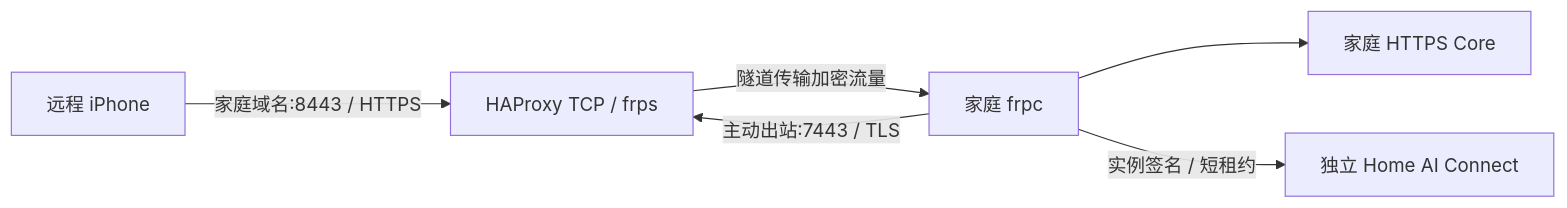
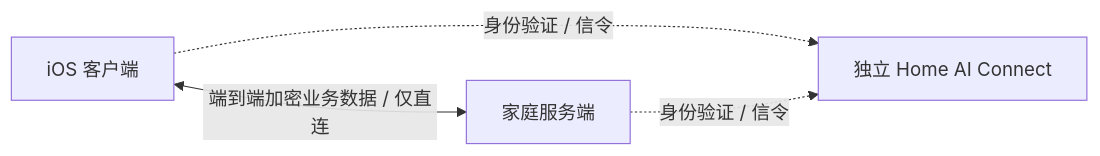
The fourth of 8 diagrams in README.md (MR-MaoJiu/home-ai-os), drawn with Mermaid before and after one commit. The commit also changed other lines of this file and 5 other files, not shown here.

````diff
--- a/README.md
+++ b/README.md
@@ -280,8 +288,6 @@
 ```mermaid
 flowchart LR
-    PHONE[远程 iPhone] -->|家庭域名:8443 / HTTPS| RELAY[HAProxy TCP / frps]
-    HOME[家庭 frpc] -->|主动出站:7443 / TLS| RELAY
-    RELAY -->|隧道传输加密流量| HOME
-    HOME --> HTTPS[家庭 HTTPS Core]
-    HOME -->|实例签名 / 短租约| PLATFORM[独立 Home AI Connect]
+    PHONE[iOS 客户端] -. 身份验证 / 信令 .-> PLATFORM[独立 Home AI Connect]
+    HOME[家庭服务端] -. 身份验证 / 信令 .-> PLATFORM
+    PHONE <-->|端到端加密业务数据 / 仅直连| HOME
 ```
````
